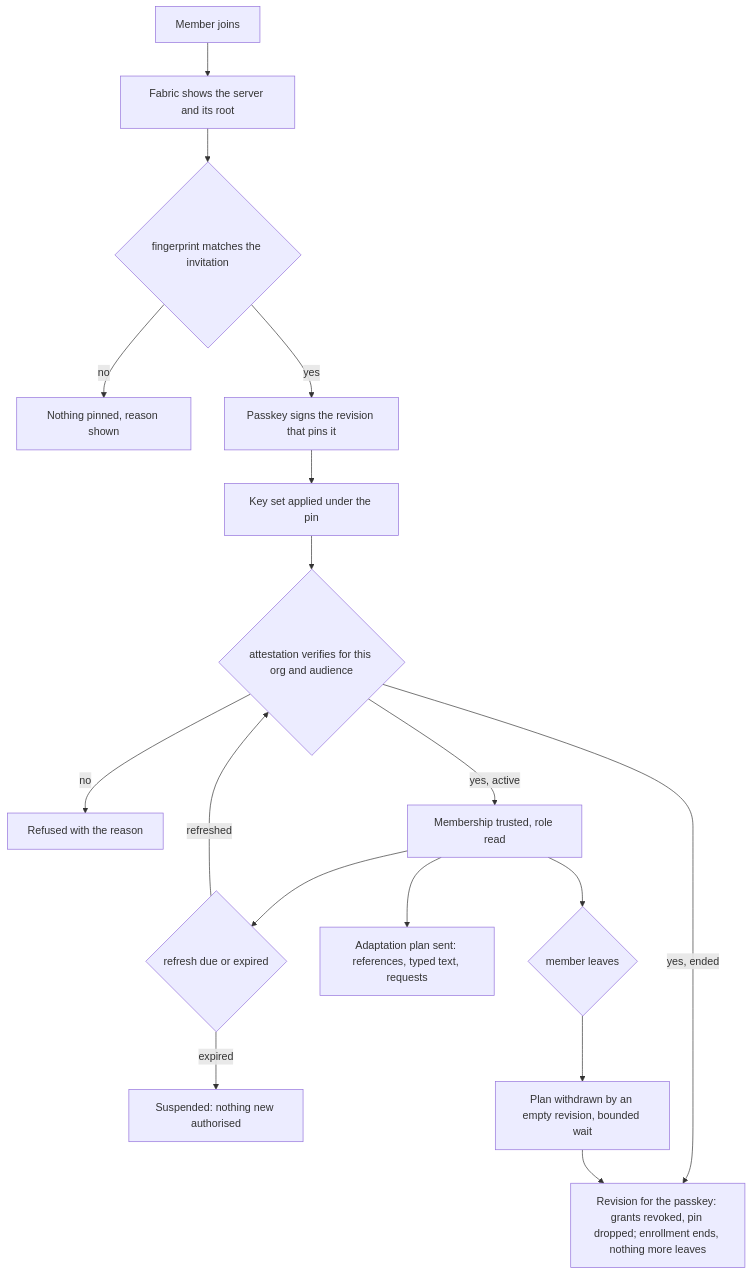
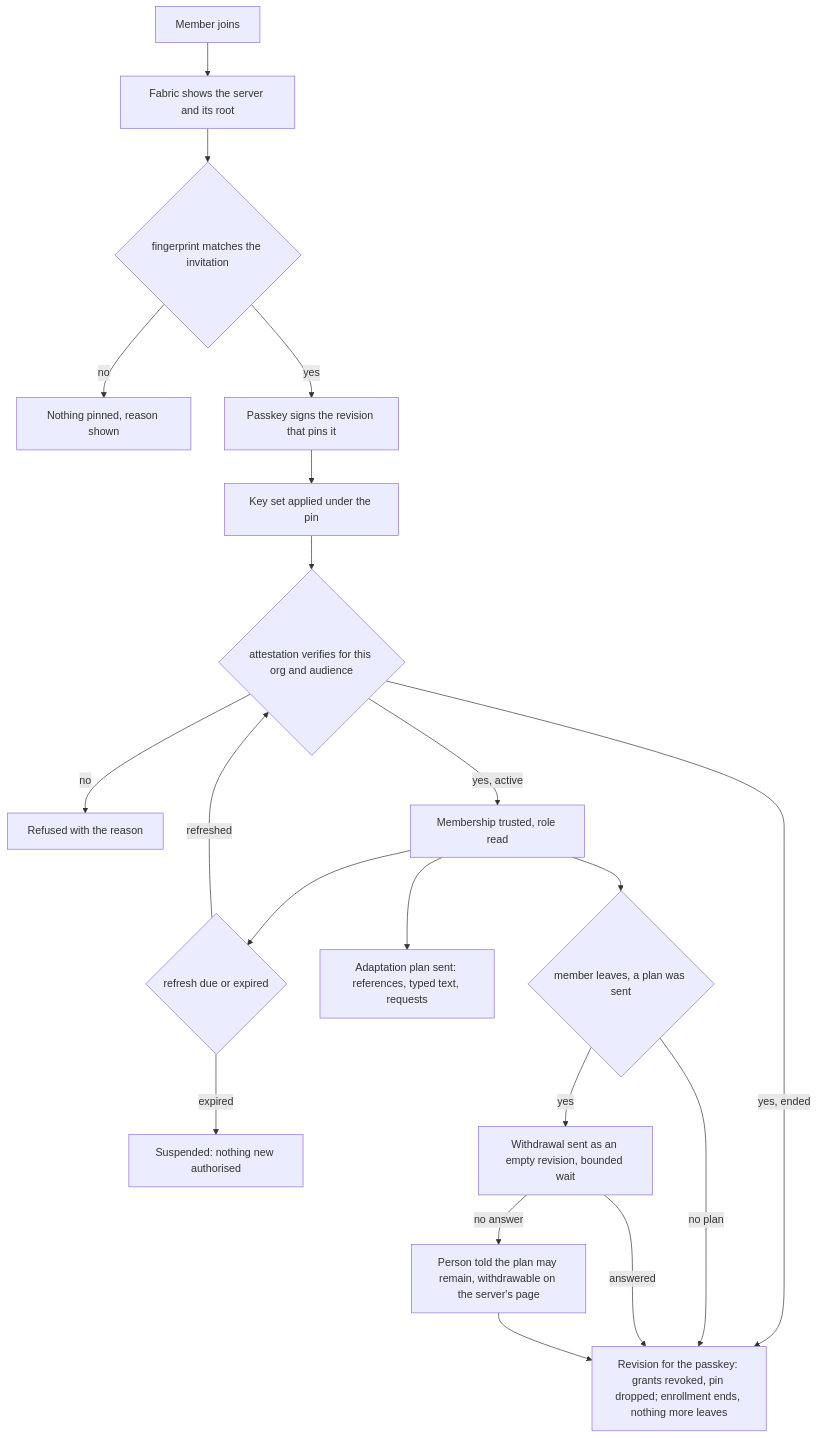
Diagram 32 of 32 in docs/ux/flows.md (passioncode-ai/fabric-agent-contract), drawn with Mermaid before and after one commit. The commit also changed other lines of this file and 12 other files, not shown here.

````diff
--- a/docs/ux/flows.md
+++ b/docs/ux/flows.md
@@ -805,19 +805,22 @@
 ```mermaid
 flowchart TD
   J[Member joins] --> P[Fabric shows the server and its root]
   P --> C{fingerprint matches the invitation}
   C -->|no| N[Nothing pinned, reason shown]
   C -->|yes| S[Passkey signs the revision that pins it]
   S --> K[Key set applied under the pin]
   K --> A{attestation verifies for this org and audience}
   A -->|no| R[Refused with the reason]
   A -->|yes, active| T[Membership trusted, role read]
   A -->|yes, ended| E[Revision for the passkey: grants revoked, pin dropped; enrollment ends, nothing more leaves]
   T --> F{refresh due or expired}
   F -->|refreshed| A
   F -->|expired| U[Suspended: nothing new authorised]
   T --> D[Adaptation plan sent: references, typed text, requests]
-  T --> L{member leaves}
-  L --> W[Plan withdrawn by an empty revision, bounded wait]
-  W --> E
+  T --> L{member leaves, a plan was sent}
+  L -->|no plan| E
+  L -->|yes| W[Withdrawal sent as an empty revision, bounded wait]
+  W -->|answered| E
+  W -->|no answer| M[Person told the plan may remain, withdrawable on the server's page]
+  M --> E
 ```
````
